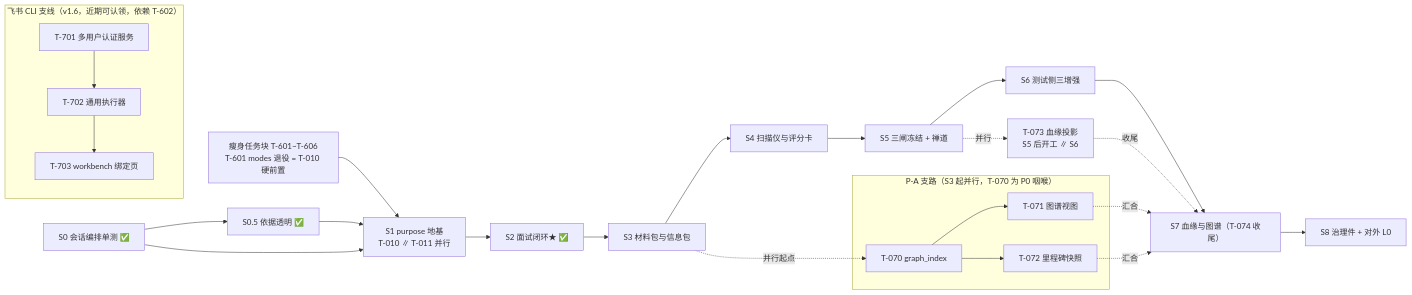
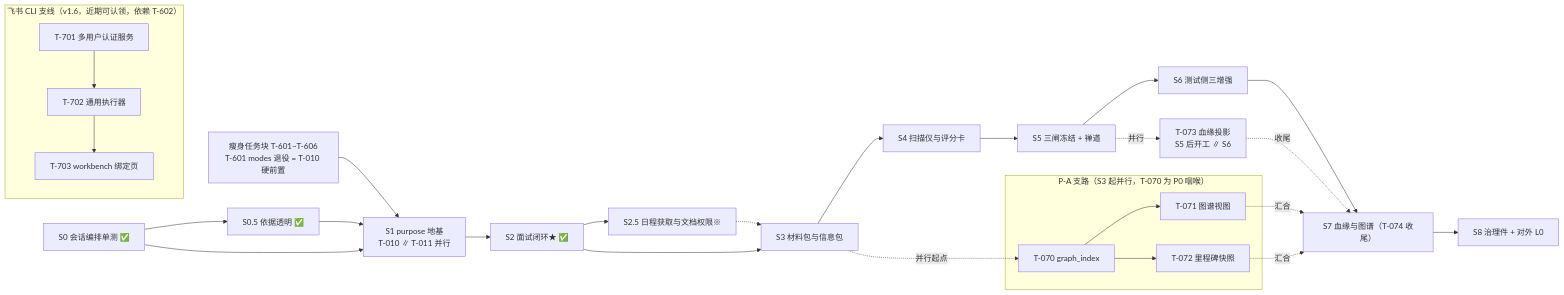
The diagram in docs/远期设计/SpecGuard-总控文档.md (caiyfa/spec-guard), drawn with Mermaid before and after one commit. The commit also changed other lines of this file, not shown here.

````diff
--- a/docs/远期设计/SpecGuard-总控文档.md
+++ b/docs/远期设计/SpecGuard-总控文档.md
@@ -85,27 +88,29 @@
 ```mermaid
 flowchart LR
   SLIM["瘦身任务块 T-601~T-606<br/>T-601 modes 退役 = T-010 硬前置"]
   S0["S0 会话编排单测 ✅"] --> S05["S0.5 依据透明 ✅"]
   S05 --> S1["S1 purpose 地基<br/>T-010 ∥ T-011 并行"]
   S0 --> S1
   S1 --> S2["S2 面试闭环★ ✅"]
+  S2 --> S25["S2.5 日程获取与文档权限※"]
   S2 --> S3["S3 材料包与信息包"]
+  S25 -.-> S3
   S3 --> S4["S4 扫描仪与评分卡"]
   S4 --> S5["S5 三闸冻结 + 禅道"]
   S5 --> S6["S6 测试侧三增强"]
   S6 --> S7["S7 血缘与图谱（T-074 收尾）"]
   S7 --> S8["S8 治理件 + 对外 L0"]
   SLIM --> S1
   subgraph PA["P-A 支路（S3 起并行，T-070 为 P0 咽喉）"]
     P70["T-070 graph_index"] --> P71["T-071 图谱视图"]
     P70 --> P72["T-072 里程碑快照"]
   end
   S3 -. 并行起点 .-> P70
   P71 -. 汇合 .-> S7
   P72 -. 汇合 .-> S7
   LINE["T-073 血缘投影<br/>S5 后开工 ∥ S6"] -. 收尾 .-> S7
   S5 -. 并行 .-> LINE
   subgraph LARK["飞书 CLI 支线（v1.6，近期可认领，依赖 T-602）"]
     L71["T-701 多用户认证服务"] --> L72["T-702 通用执行器"] --> L73["T-703 workbench 绑定页"]
   end
 ```
````
